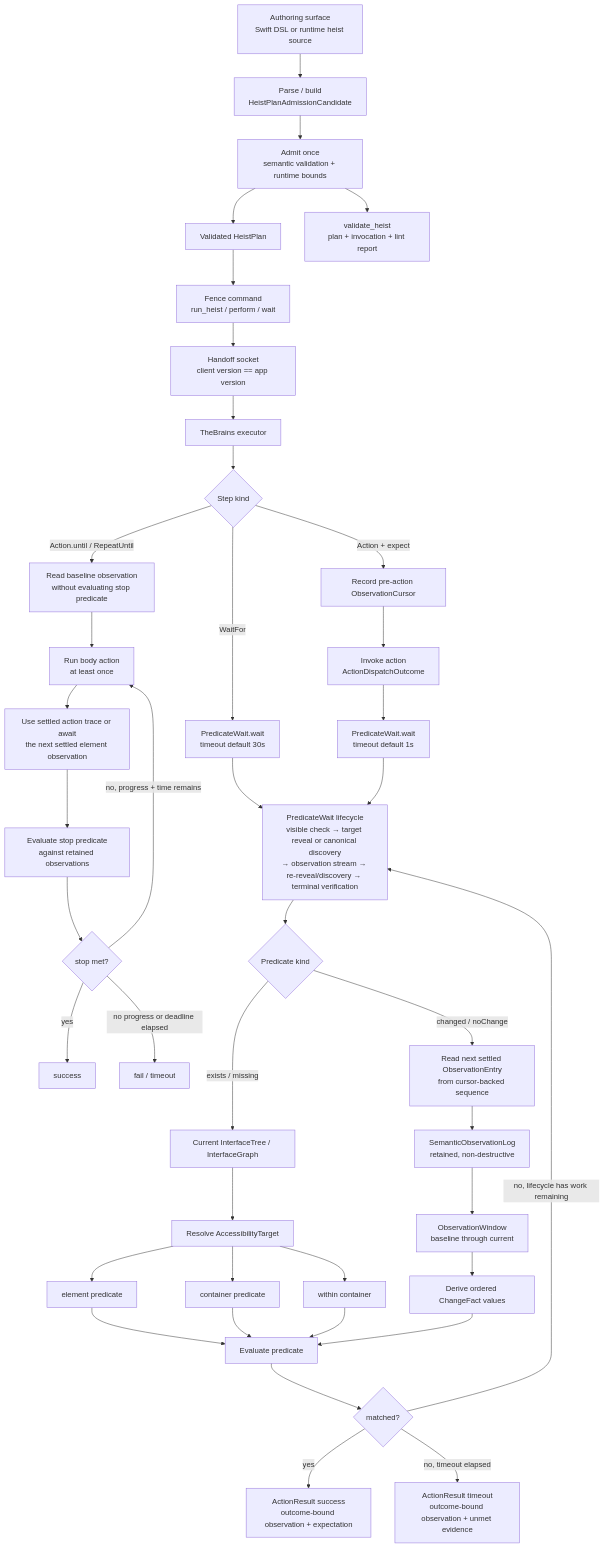
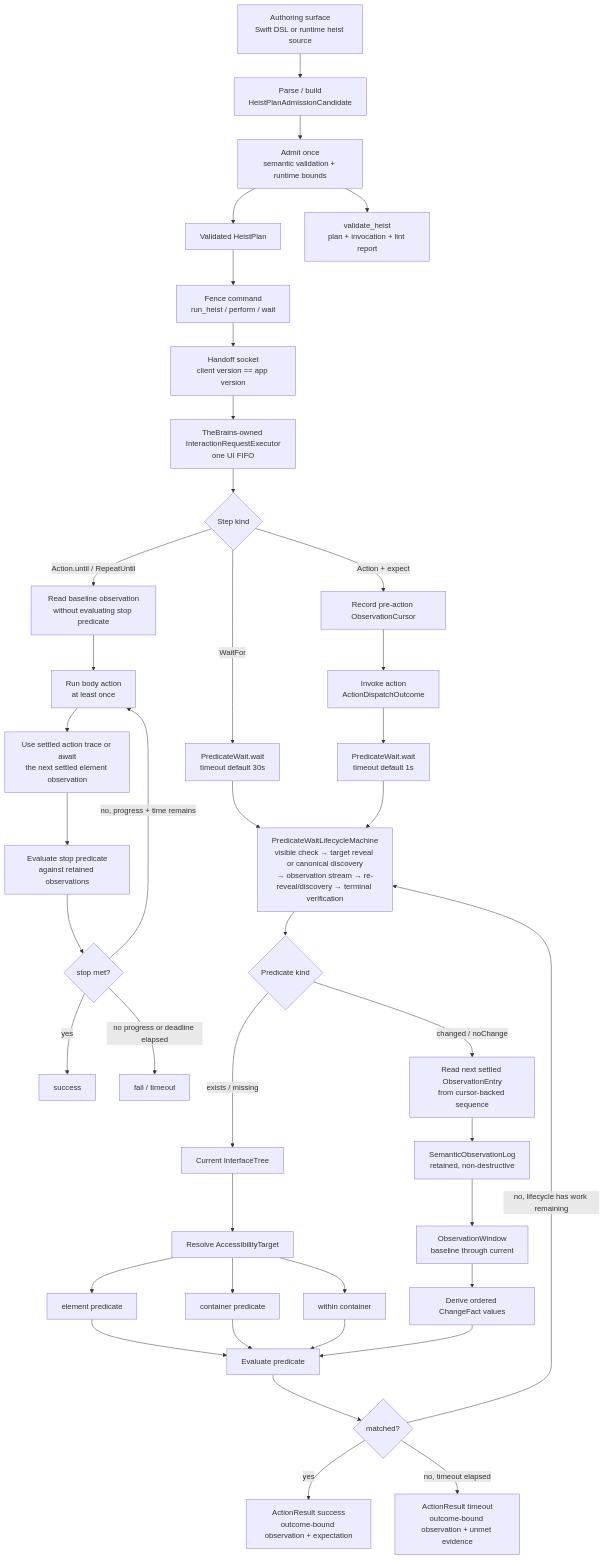
One commit to RoyalPineapple/TheButtonHeist changed the diagram in docs/ARCHITECTURE.md. Above: the diagram before and after it, drawn with Mermaid. The commit also changed other lines of this file and 361 other files, not shown here.

Commit message:
Consolidate Button Heist runtime architecture (#1349)

````diff
--- a/docs/ARCHITECTURE.md
+++ b/docs/ARCHITECTURE.md
@@ -366,49 +401,49 @@
 ```mermaid
 flowchart TD
     Author["Authoring surface<br/>Swift DSL or runtime heist source"] --> Compile["Parse / build<br/>HeistPlanAdmissionCandidate"]
     Compile --> Validate["Admit once<br/>semantic validation + runtime bounds"]
     Validate --> Plan["Validated HeistPlan"]
     Validate --> OfflineReport["validate_heist<br/>plan + invocation + lint report"]
     Plan --> FenceCommand["Fence command<br/>run_heist / perform / wait"]
     FenceCommand --> HandoffSocket["Handoff socket<br/>client version == app version"]
-    HandoffSocket --> Executor["TheBrains executor"]
+    HandoffSocket --> Executor["TheBrains-owned InteractionRequestExecutor<br/>one UI FIFO"]
 
     Executor --> StepKind{"Step kind"}
 
     StepKind -->|WaitFor| WaitForPath["PredicateWait.wait<br/>timeout default 30s"]
 
     StepKind -->|Action + expect| PreAction["Record pre-action ObservationCursor"]
     PreAction --> Invoke["Invoke action<br/>ActionDispatchOutcome"]
     Invoke --> ExpectPath["PredicateWait.wait<br/>timeout default 1s"]
 
     StepKind -->|Action.until / RepeatUntil| LoopBaseline["Read baseline observation<br/>without evaluating stop predicate"]
     LoopBaseline --> RunBody["Run body action<br/>at least once"]
     RunBody --> ProgressGate["Use settled action trace or await<br/>the next settled element observation"]
     ProgressGate --> EvaluateStop["Evaluate stop predicate<br/>against retained observations"]
     EvaluateStop --> StopMet{"stop met?"}
     StopMet -->|yes| Done["success"]
     StopMet -->|no, progress + time remains| RunBody
     StopMet -->|no progress or deadline elapsed| Fail["fail / timeout"]
 
-    WaitForPath --> Lifecycle["PredicateWait lifecycle<br/>visible check → target reveal or canonical discovery<br/>→ observation stream → re-reveal/discovery → terminal verification"]
+    WaitForPath --> Lifecycle["PredicateWaitLifecycleMachine<br/>visible check → target reveal or canonical discovery<br/>→ observation stream → re-reveal/discovery → terminal verification"]
     ExpectPath --> Lifecycle
 
     Lifecycle --> PredicateKind{"Predicate kind"}
-    PredicateKind -->|exists / missing| Current["Current InterfaceTree / InterfaceGraph"]
+    PredicateKind -->|exists / missing| Current["Current InterfaceTree"]
     PredicateKind -->|changed / noChange| Observe["Read next settled ObservationEntry<br/>from cursor-backed sequence"]
     Observe --> Log["SemanticObservationLog<br/>retained, non-destructive"]
     Log --> Window["ObservationWindow<br/>baseline through current"]
     Current --> Target["Resolve AccessibilityTarget"]
     Target --> ElementTarget["element predicate"]
     Target --> ContainerTarget["container predicate"]
     Target --> WithinTarget["within container"]
     Window --> Facts["Derive ordered ChangeFact values"]
     ElementTarget --> Evaluate["Evaluate predicate"]
     ContainerTarget --> Evaluate
     WithinTarget --> Evaluate
     Facts --> Evaluate
     Evaluate --> Matched{"matched?"}
     Matched -->|yes| Success["ActionResult success<br/>outcome-bound observation + expectation"]
     Matched -->|no, lifecycle has work remaining| Lifecycle
     Matched -->|no, timeout elapsed| Timeout["ActionResult timeout<br/>outcome-bound observation + unmet evidence"]
 ```
````
